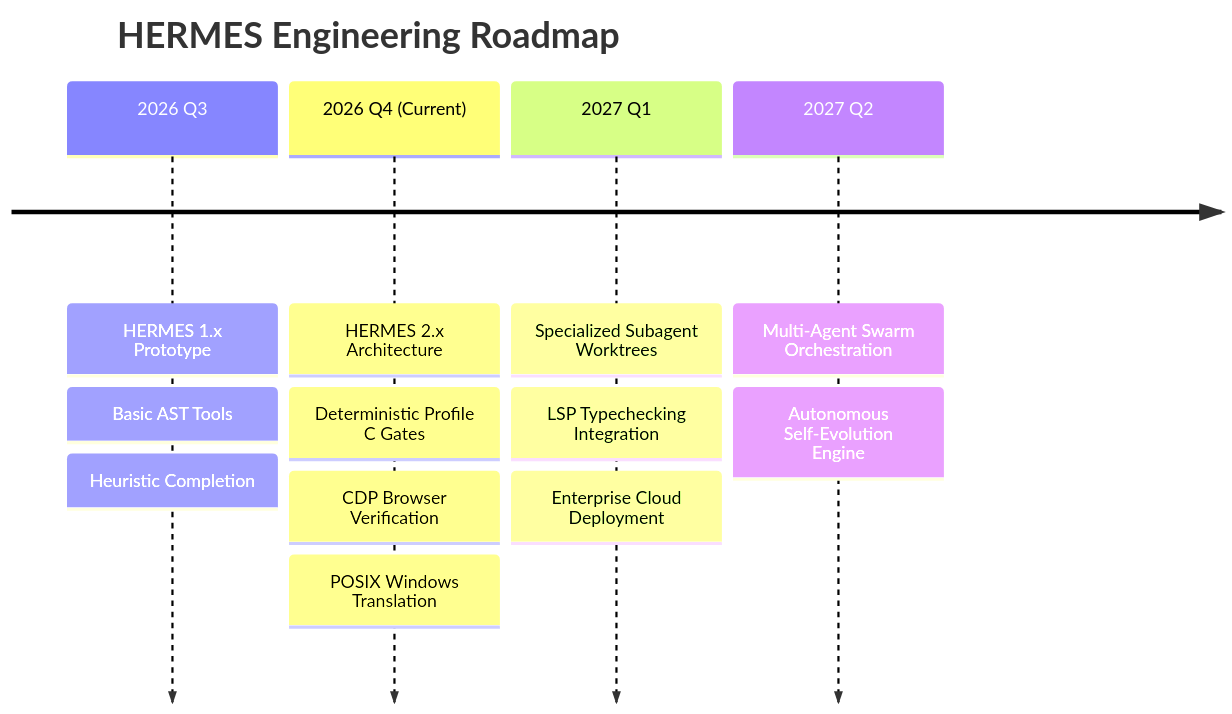
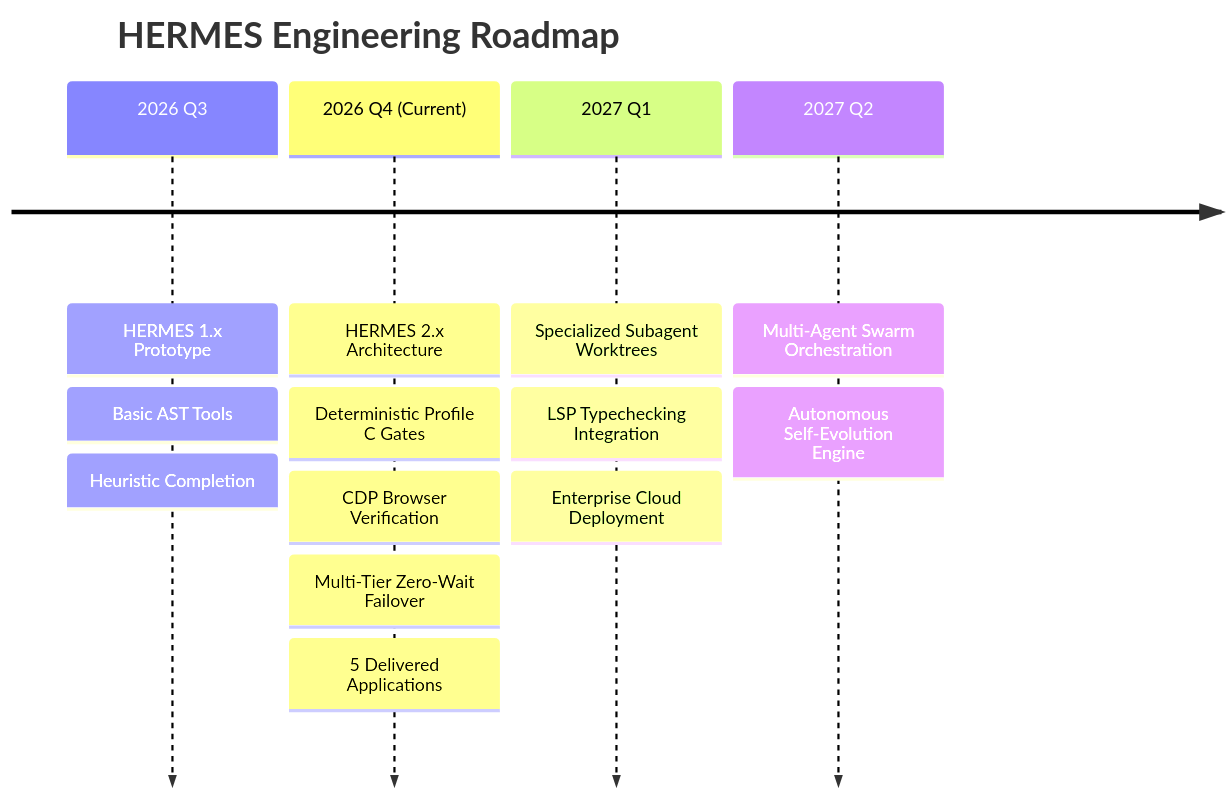
Before and after one commit to Subrahmanyeswar/hermes: the third of 3 diagrams in README.md, drawn with Mermaid. The commit also changed other lines of this file and 13 other files, not shown here.

````diff
--- a/README.md
+++ b/README.md
@@ -281,8 +290,8 @@
 ```mermaid
 timeline
     title HERMES Engineering Roadmap
     2026 Q3 : HERMES 1.x Prototype : Basic AST Tools : Heuristic Completion
-    2026 Q4 (Current) : HERMES 2.x Architecture : Deterministic Profile C Gates : CDP Browser Verification : POSIX Windows Translation
+    2026 Q4 (Current) : HERMES 2.x Architecture : Deterministic Profile C Gates : CDP Browser Verification : Multi-Tier Zero-Wait Failover : 5 Delivered Applications
     2027 Q1 : Specialized Subagent Worktrees : LSP Typechecking Integration : Enterprise Cloud Deployment
     2027 Q2 : Multi-Agent Swarm Orchestration : Autonomous Self-Evolution Engine
 ```
````
